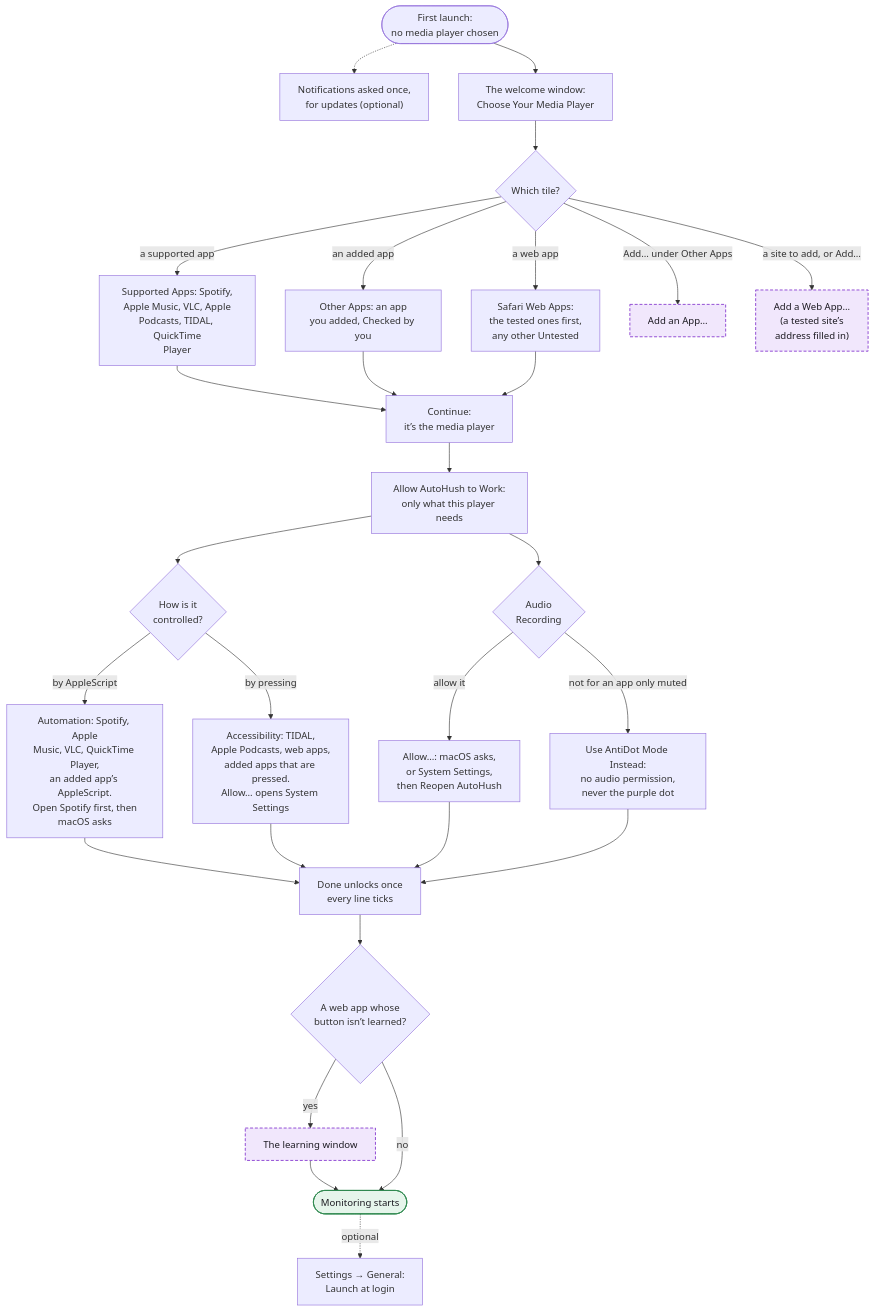
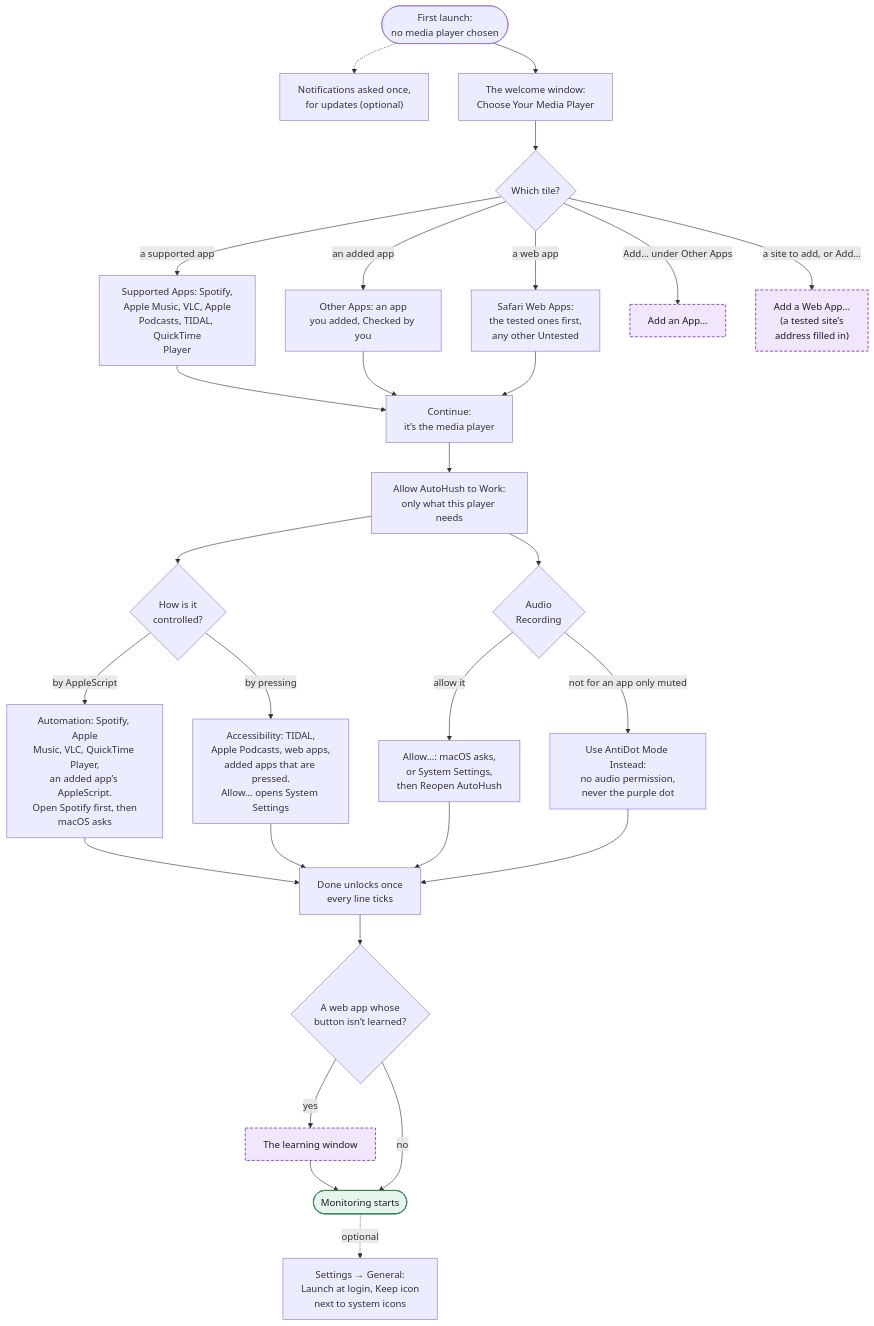
One commit to hfustercabre/AutoHush changed the second of 14 diagrams in WORKFLOWS.md. Above: the diagram before and after it, drawn with Mermaid. The commit also changed 17 other files, not shown here.

First line of the commit message:
feat: the menu bar icon starts beside the system's icons

````diff
--- a/WORKFLOWS.md
+++ b/WORKFLOWS.md
@@ -77,54 +77,54 @@
 ```mermaid
 flowchart TD
   A(["First launch:<br/>no media player chosen"])
   NT["Notifications asked once,<br/>for updates (optional)"]
   W["The welcome window:<br/>Choose Your Media Player"]
   K{"Which tile?"}
   SUP["Supported Apps: Spotify,<br/>Apple Music, VLC, Apple<br/>Podcasts, TIDAL, QuickTime<br/>Player"]
   OTH["Other Apps: an app<br/>you added, Checked by you"]
   WEB["Safari Web Apps:<br/>the tested ones first,<br/>any other Untested"]
   ADDAPP["Add an App…"]
   ADDWEB["Add a Web App…<br/>(a tested site’s<br/>address filled in)"]
   CONT["Continue:<br/>it’s the media player"]
   PERM["Allow AutoHush to Work:<br/>only what this player needs"]
   CTRL{"How is it<br/>controlled?"}
   AUT["Automation: Spotify, Apple<br/>Music, VLC, QuickTime Player,<br/>an added app’s AppleScript.<br/>Open Spotify first, then<br/>macOS asks"]
   ACC["Accessibility: TIDAL,<br/>Apple Podcasts, web apps,<br/>added apps that are pressed.<br/>Allow… opens System Settings"]
   AUD{"Audio<br/>Recording"}
   ALW["Allow…: macOS asks,<br/>or System Settings,<br/>then Reopen AutoHush"]
   ANT["Use AntiDot Mode Instead:<br/>no audio permission,<br/>never the purple dot"]
   DONE["Done unlocks once<br/>every line ticks"]
   LRN{"A web app whose<br/>button isn’t learned?"}
   LW["The learning window"]
   RUN(["Monitoring starts"])
-  LOG["Settings → General:<br/>Launch at login"]
+  LOG["Settings → General:<br/>Launch at login, Keep icon<br/>next to system icons"]
 
   A --> W
   A -.-> NT
   W --> K
   K -->|"a supported app"| SUP --> CONT
   K -->|"an added app"| OTH --> CONT
   K -->|"a web app"| WEB --> CONT
   K -->|"Add… under Other Apps"| ADDAPP
   K -->|"a site to add, or Add…"| ADDWEB
   CONT --> PERM
   PERM --> CTRL
   PERM --> AUD
   CTRL -->|"by AppleScript"| AUT
   CTRL -->|"by pressing"| ACC
   AUD -->|"allow it"| ALW
   AUD -->|"not for an app only muted"| ANT
   AUT --> DONE
   ACC --> DONE
   ALW --> DONE
   ANT --> DONE
   DONE --> LRN
   LRN -->|"yes"| LW --> RUN
   LRN -->|"no"| RUN
   RUN -.->|"optional"| LOG
 
   class ADDAPP,ADDWEB,LW ref
   class RUN done
   classDef ref fill:#f1e7fc,stroke:#8a3fd1,stroke-width:1.5px,stroke-dasharray: 5 3,color:#1d1b22
   classDef done fill:#e6f5eb,stroke:#2f8a50,stroke-width:1.5px,color:#1d1b22
 ```
````
